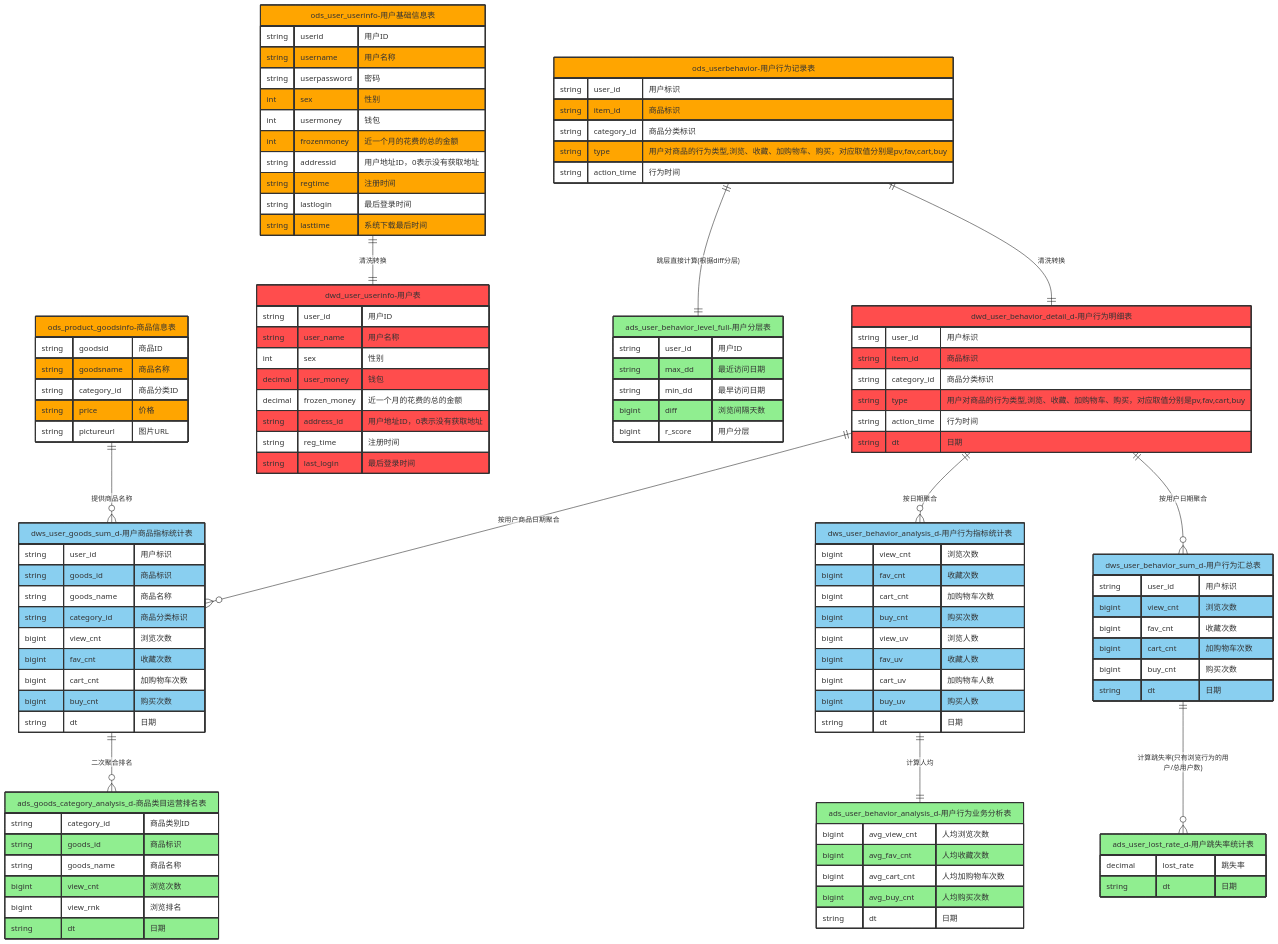
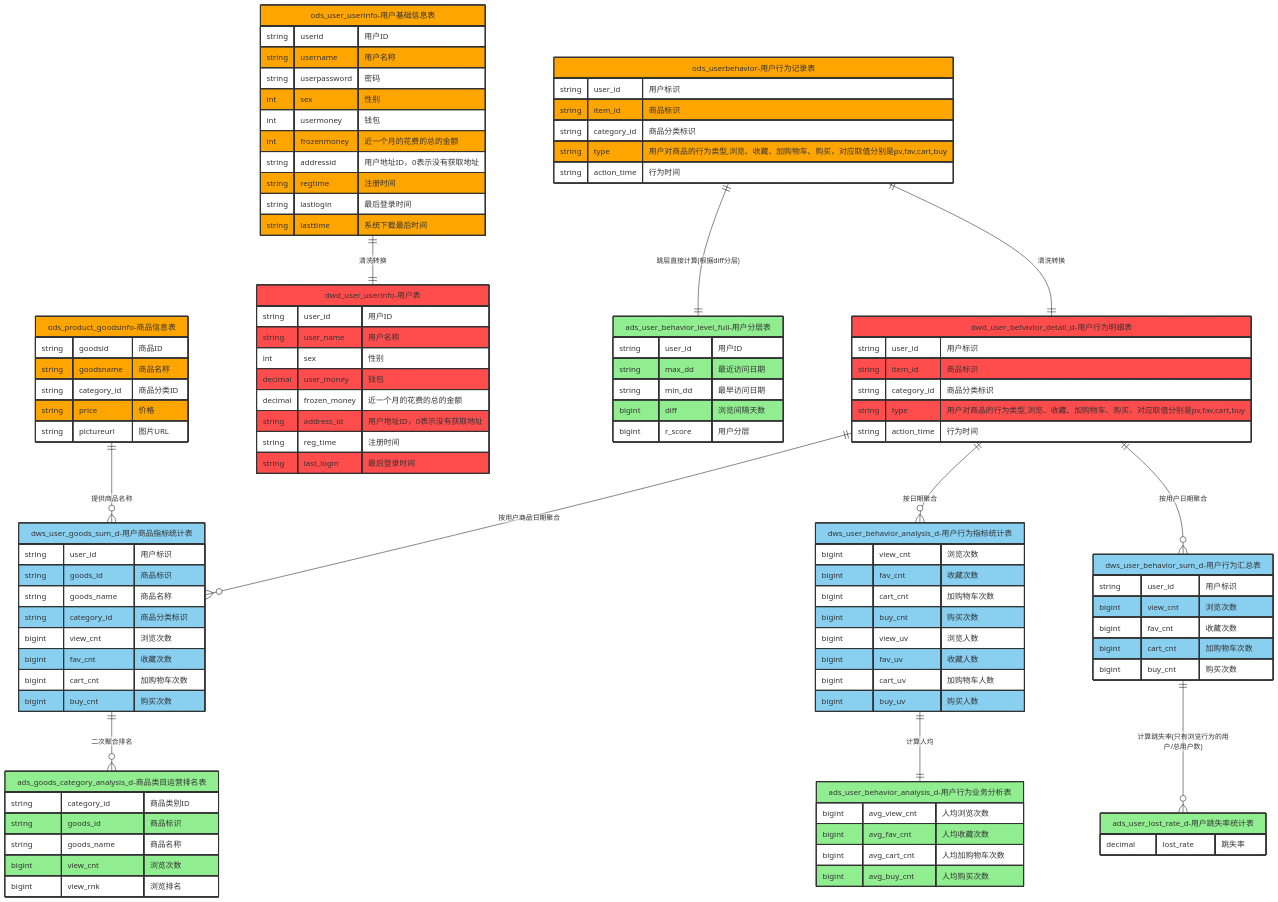
One commit to wbsljy/-- changed the first of 4 diagrams in 14.企业级大厂商化场景建模项目2（数仓理论实战篇）/mermaid保存.md. Above: the diagram before and after it, drawn with Mermaid. The commit also changed other lines of this file and 10 other files, not shown here.

```diff
--- a/14.企业级大厂商化场景建模项目2（数仓理论实战篇）/mermaid保存.md
+++ b/14.企业级大厂商化场景建模项目2（数仓理论实战篇）/mermaid保存.md
@@ -55,7 +55,7 @@
         string category_id "商品分类标识"
         string type "用户对商品的行为类型,浏览、收藏、加购物车、购买，对应取值分别是pv,fav,cart,buy"
         string action_time "行为时间"
-        string dt "日期"
+        
     }
 
     %% ========== DWS层 ==========
@@ -65,7 +65,7 @@
         bigint fav_cnt "收藏次数"
         bigint cart_cnt "加购物车次数"
         bigint buy_cnt "购买次数"
-        string dt "日期"
+        
     }
 
     dws_user_behavior_analysis_d-用户行为指标统计表:::dws {
@@ -77,7 +77,7 @@
         bigint fav_uv "收藏人数"
         bigint cart_uv "加购物车人数"
         bigint buy_uv "购买人数"
-        string dt "日期"
+        
     }
 
     dws_user_goods_sum_d-用户商品指标统计表:::dws {
@@ -89,7 +89,7 @@
         bigint fav_cnt "收藏次数"
         bigint cart_cnt "加购物车次数"
         bigint buy_cnt "购买次数"
-        string dt "日期"
+        
     }
 
     %% ========== ADS层 ==========
@@ -98,12 +98,12 @@
         bigint avg_fav_cnt "人均收藏次数"
         bigint avg_cart_cnt "人均加购物车次数"
         bigint avg_buy_cnt "人均购买次数"
-        string dt "日期"
+        
     }
 
     ads_user_lost_rate_d-用户跳失率统计表:::ads {
         decimal lost_rate "跳失率"
-        string dt "日期"
+        
     }
 
     ads_goods_category_analysis_d-商品类目运营排名表:::ads {
@@ -112,7 +112,7 @@
         string goods_name "商品名称"
         bigint view_cnt "浏览次数"
         bigint view_rnk "浏览排名"
-        string dt "日期"
+        
     }
 
     ads_user_behavior_level_full-用户分层表:::ads {
```
